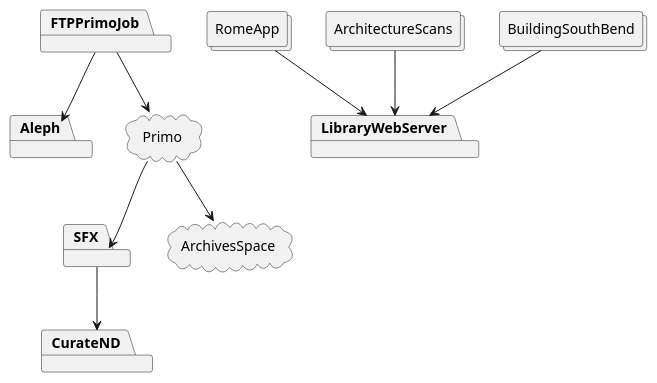
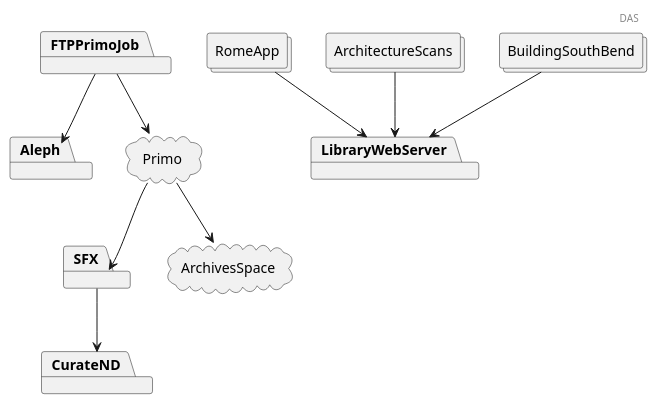
Before and after one commit to ndlib/dam-ecosystem-mapping: the diagram in plantuml/das.puml, drawn with PlantUML. The commit also changed 1 other file, not shown here.

Commit message:
Updating diagram to include header

```diff
--- a/plantuml/das.puml
+++ b/plantuml/das.puml
@@ -10,26 +10,28 @@
 @startuml
+
+header DAS
 
 package Aleph
 package FTPPrimoJob
 cloud Primo
 package SFX
 package CurateND
 cloud ArchivesSpace
 
 FTPPrimoJob --> Aleph
 FTPPrimoJob --> Primo
 Primo --> SFX
 Primo --> ArchivesSpace
 SFX --> CurateND
 
 
 package LibraryWebServer
 collections RomeApp
 collections ArchitectureScans
 collections BuildingSouthBend
 
 RomeApp --> LibraryWebServer
 ArchitectureScans --> LibraryWebServer
 BuildingSouthBend --> LibraryWebServer
 
 @enduml
```
